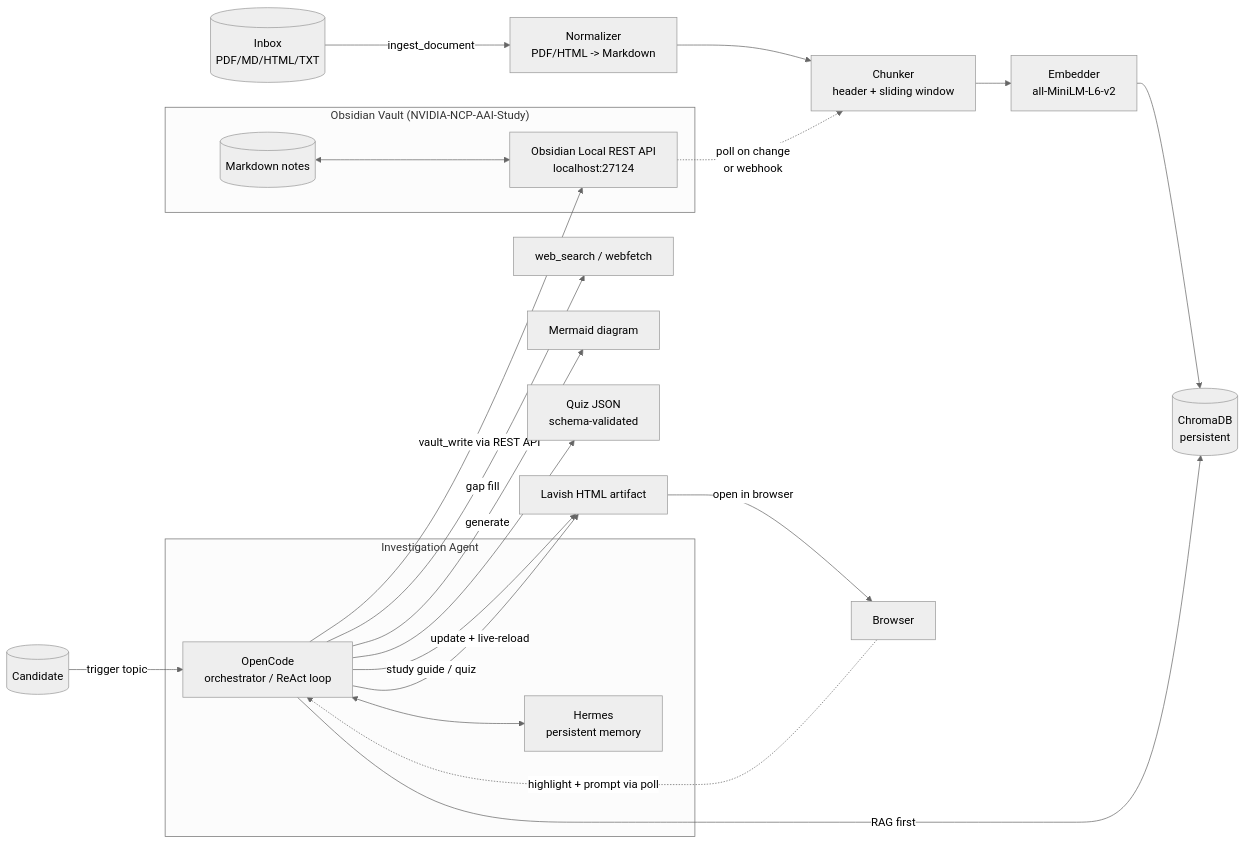
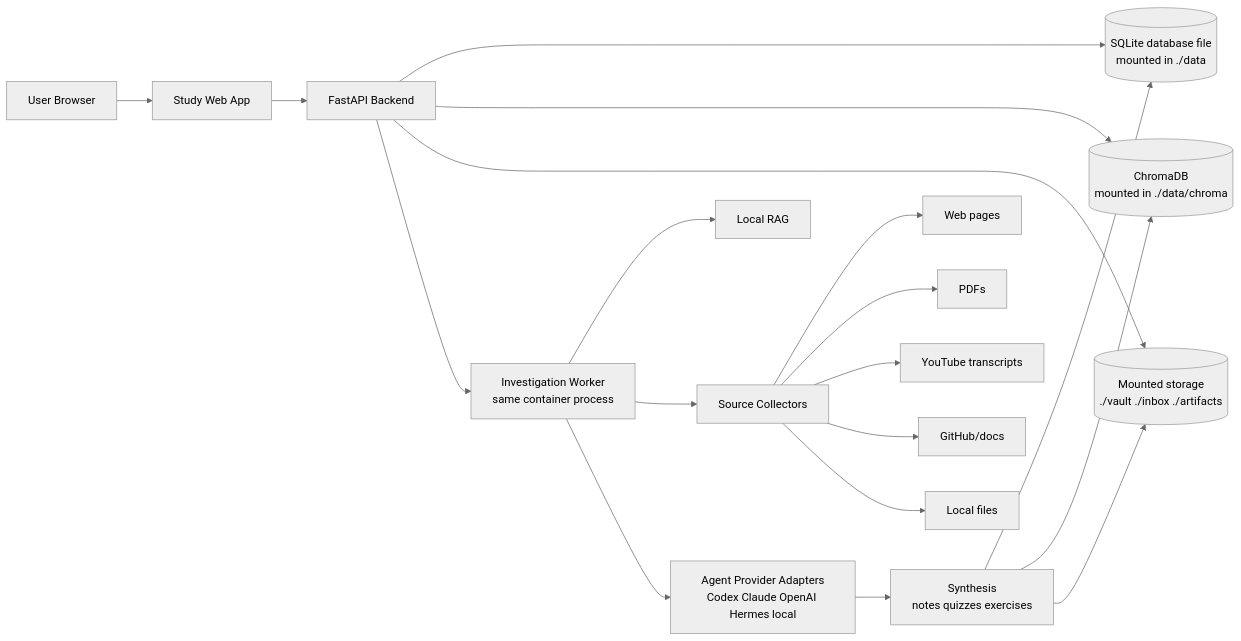
The diagram in PRD.md (juanelojga/ncp-aai), drawn with Mermaid (neutral theme) before and after one commit. The commit also changed other lines of this file and 2 other files, not shown here.

Commit message:
Document agentic study platform MVP

````diff
--- a/PRD.md
+++ b/PRD.md
@@ -134,29 +217,23 @@
 ```mermaid
 flowchart LR
-    subgraph Capture["Obsidian Vault (NVIDIA-NCP-AAI-Study)"]
-        MD[("Markdown notes")]
-        OAPI[Obsidian Local REST API<br/>localhost:27124]
-        MD <--> OAPI
-    end
-    INBOX[("Inbox<br/>PDF/MD/HTML/TXT")] -->|ingest_document| PARSE[Normalizer<br/>PDF/HTML -> Markdown]
-    PARSE --> CHUNK[Chunker<br/>header + sliding window]
-    CHUNK --> EMB[Embedder<br/>all-MiniLM-L6-v2]
-    EMB --> VDB[("ChromaDB<br/>persistent")]
-    OAPI -.->|poll on change<br/>or webhook| CHUNK
+    U[User Browser] --> WEB[Study Web App]
+    WEB --> API[FastAPI Backend]
+    API --> DB[(SQLite database file<br/>mounted in ./data)]
+    API --> VDB[(ChromaDB<br/>mounted in ./data/chroma)]
+    API --> FS[(Mounted storage<br/>./vault ./inbox ./artifacts)]
+    API --> JOBS[Investigation Worker<br/>same container process]
 
-    CAND[("Candidate")] -->|trigger topic| OC
-    subgraph Agent["Investigation Agent"]
-        OC[OpenCode<br/>orchestrator / ReAct loop]
-        HM[Hermes<br/>persistent memory]
-        OC <--> HM
-    end
-    OC -->|RAG first| VDB
-    OC -->|gap fill| WS[web_search / webfetch]
-    OC -->|vault_write via REST API| OAPI
-    OC -->|generate| MMD[Mermaid diagram]
-    OC -->|study guide / quiz| LAV
-    LAV[Lavish HTML artifact] -->|open in browser| BR[Browser]
-    BR -.->|highlight + prompt via poll| OC
-    OC -->|update + live-reload| LAV
-    OC --> QZ[Quiz JSON<br/>schema-validated]
+    JOBS --> RAG[Local RAG]
+    JOBS --> SRC[Source Collectors]
+    SRC --> WEBP[Web pages]
+    SRC --> PDF[PDFs]
+    SRC --> YT[YouTube transcripts]
+    SRC --> GH[GitHub/docs]
+    SRC --> LOCAL[Local files]
+
+    JOBS --> AGENTS[Agent Provider Adapters<br/>Codex Claude OpenAI Hermes local]
+    AGENTS --> SYN[Synthesis<br/>notes quizzes exercises]
+    SYN --> DB
+    SYN --> VDB
+    SYN --> FS
 ```
````
